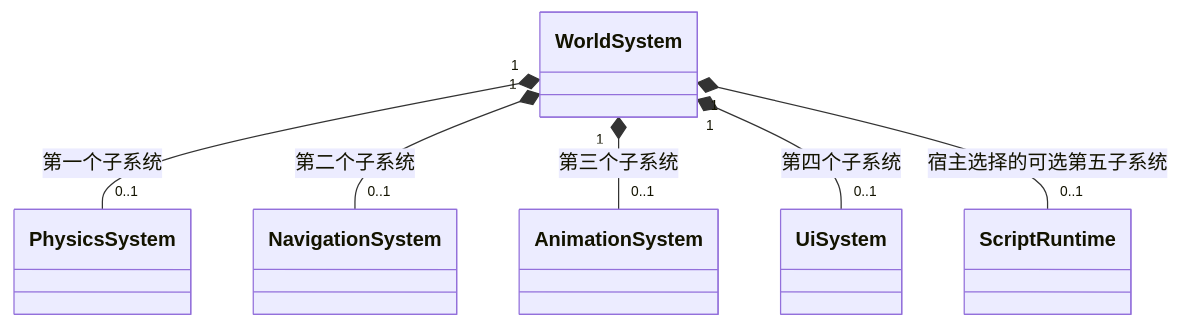
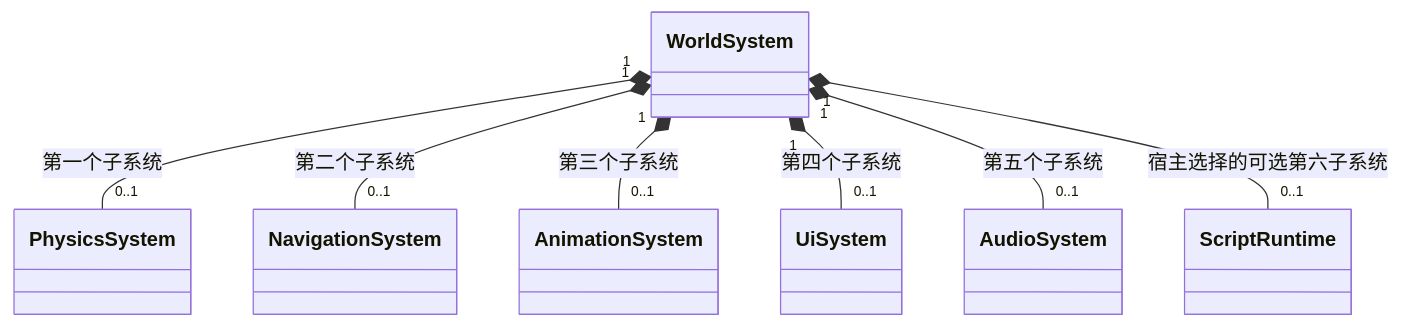
Before and after one commit to lcals/Engine: the fourth of 31 diagrams in docs/class-diagrams/references.md, drawn with Mermaid. The commit also changed other lines of this file and 114 other files, not shown here.

````diff
--- a/docs/class-diagrams/references.md
+++ b/docs/class-diagrams/references.md
@@ -102,15 +107,17 @@
 ```mermaid
 classDiagram
     direction TB
     class WorldSystem
     class PhysicsSystem
     class NavigationSystem
     class AnimationSystem
     class UiSystem
+    class AudioSystem
     class ScriptRuntime
     WorldSystem "1" *-- "0..1" PhysicsSystem : 第一个子系统
     WorldSystem "1" *-- "0..1" NavigationSystem : 第二个子系统
     WorldSystem "1" *-- "0..1" AnimationSystem : 第三个子系统
     WorldSystem "1" *-- "0..1" UiSystem : 第四个子系统
-    WorldSystem "1" *-- "0..1" ScriptRuntime : 宿主选择的可选第五子系统
+    WorldSystem "1" *-- "0..1" AudioSystem : 第五个子系统
+    WorldSystem "1" *-- "0..1" ScriptRuntime : 宿主选择的可选第六子系统
 ```
````
